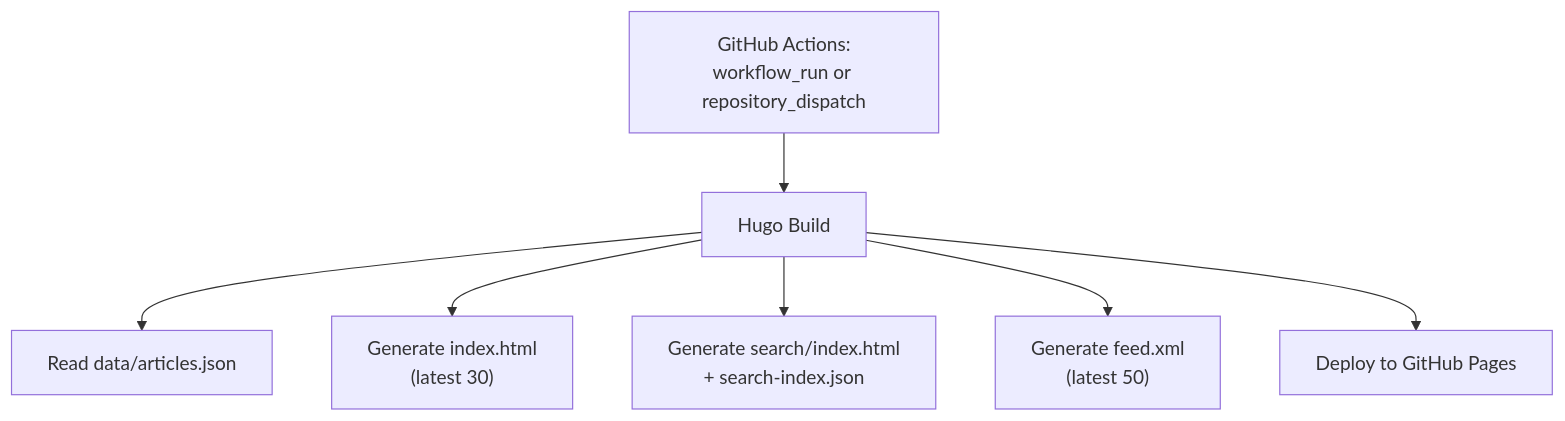
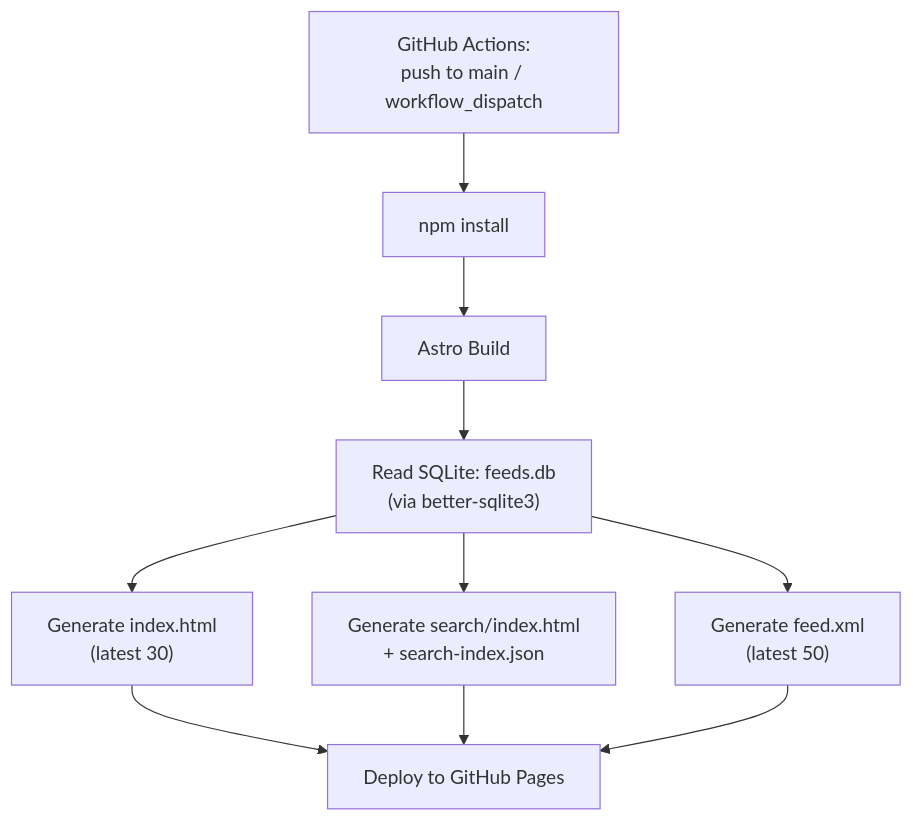
One commit to openjny/microsoft-blog-reader changed the third of 3 diagrams in docs/spec/architecture.md. Above: the diagram before and after it, drawn with Mermaid. The commit also changed other lines of this file and 2 other files, not shown here.

Commit message:
docs: update spec for Astro architecture

````diff
--- a/docs/spec/architecture.md
+++ b/docs/spec/architecture.md
@@ -69,17 +98,21 @@
 ```mermaid
 flowchart TD
-    A["GitHub Actions:\nworkflow_run or repository_dispatch"]
-    B["Hugo Build"]
-    C["Read data/articles.json"]
-    D["Generate index.html\n(latest 30)"]
-    E["Generate search/index.html\n+ search-index.json"]
-    F["Generate feed.xml\n(latest 50)"]
-    G["Deploy to GitHub Pages"]
+    A["GitHub Actions:\npush to main / workflow_dispatch"]
+    B["npm install"]
+    C["Astro Build"]
+    D["Read SQLite: feeds.db\n(via better-sqlite3)"]
+    E["Generate index.html\n(latest 30)"]
+    F["Generate search/index.html\n+ search-index.json"]
+    G["Generate feed.xml\n(latest 50)"]
+    H["Deploy to GitHub Pages"]
 
     A --> B
     B --> C
-    B --> D
-    B --> E
-    B --> F
-    B --> G
+    C --> D
+    D --> E
+    D --> F
+    D --> G
+    E --> H
+    F --> H
+    G --> H
 ```
````
